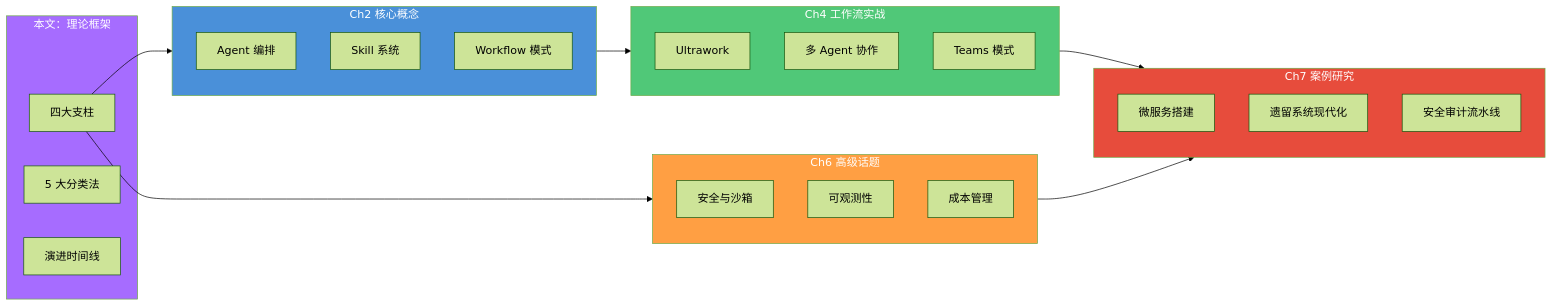
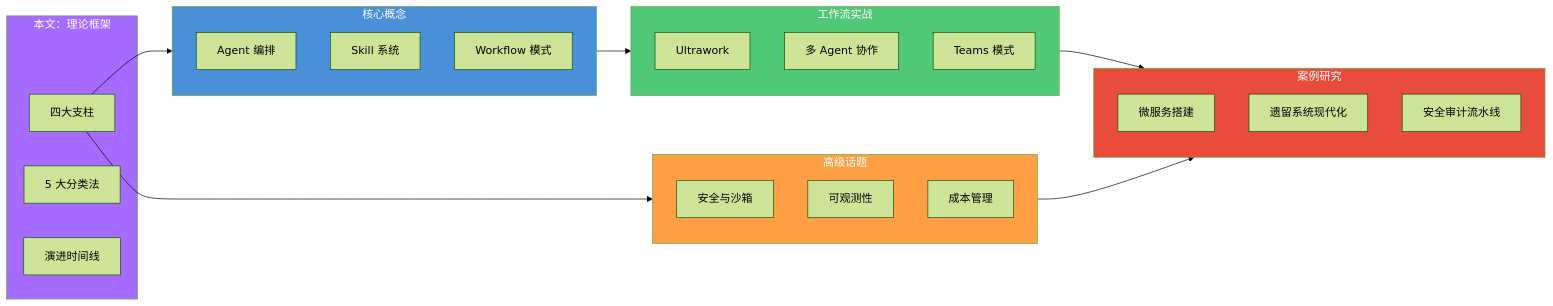
One commit to tonydeng/harness-engineering-from-oc-to-ai-coding changed the fourth of 4 diagrams in src/01-introduction/harness-engineering-theory.md. Above: the diagram before and after it, drawn with Mermaid (forest theme). The commit also changed other lines of this file and 6 other files, not shown here.

````diff
--- a/src/01-introduction/harness-engineering-theory.md
+++ b/src/01-introduction/harness-engineering-theory.md
@@ -309,44 +381,44 @@
 ```mermaid
 graph LR
     subgraph Theory[本文：理论框架]
         P1[四大支柱]
         P2[5 大分类法]
         P3[演进时间线]
     end
     
-    subgraph Ch2[Ch2 核心概念]
+    subgraph Ch2[核心概念]
         A[Agent 编排]
         S[Skill 系统]
         W[Workflow 模式]
     end
     
-    subgraph Ch4[Ch4 工作流实战]
+    subgraph Ch4[工作流实战]
         U[Ultrawork]
         M[多 Agent 协作]
         T[Teams 模式]
     end
     
-    subgraph Ch6[Ch6 高级话题]
+    subgraph Ch6[高级话题]
         SEC[安全与沙箱]
         OBS[可观测性]
         COST[成本管理]
     end
     
-    subgraph Ch7[Ch7 案例研究]
+    subgraph Ch7[案例研究]
         E1[微服务搭建]
         E2[遗留系统现代化]
         E3[安全审计流水线]
     end
     
     P1 --> Ch2
     P1 --> Ch6
     Ch2 --> Ch4
     Ch4 --> Ch7
     Ch6 --> Ch7
     
     style Theory fill:#A66CFF,color:#fff
     style Ch2 fill:#4A90D9,color:#fff
     style Ch4 fill:#50C878,color:#fff
     style Ch6 fill:#FF9F43,color:#fff
     style Ch7 fill:#E74C3C,color:#fff
 ```
````
